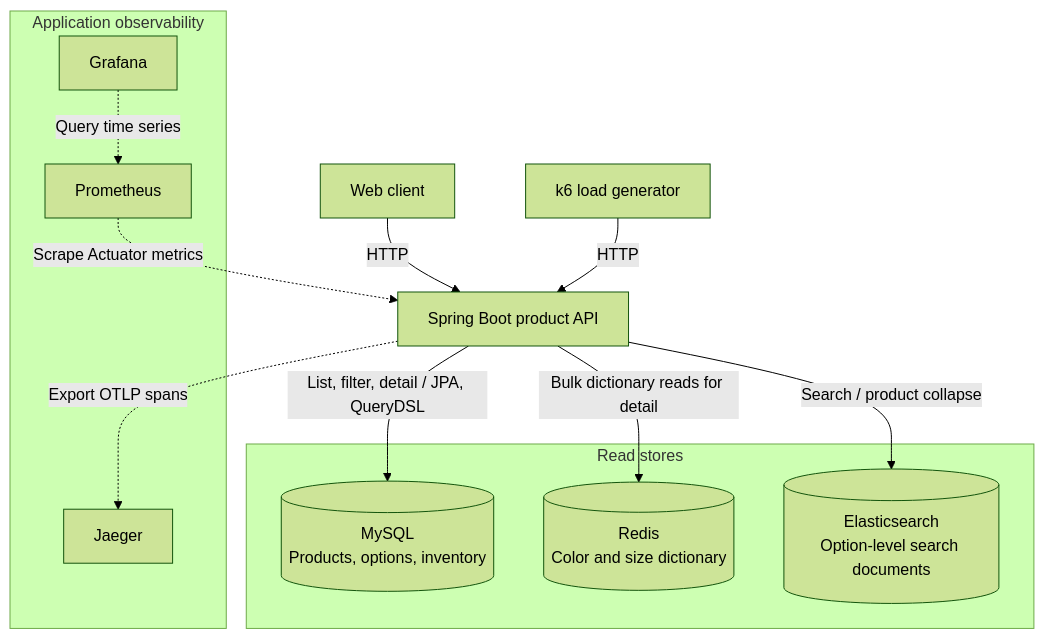
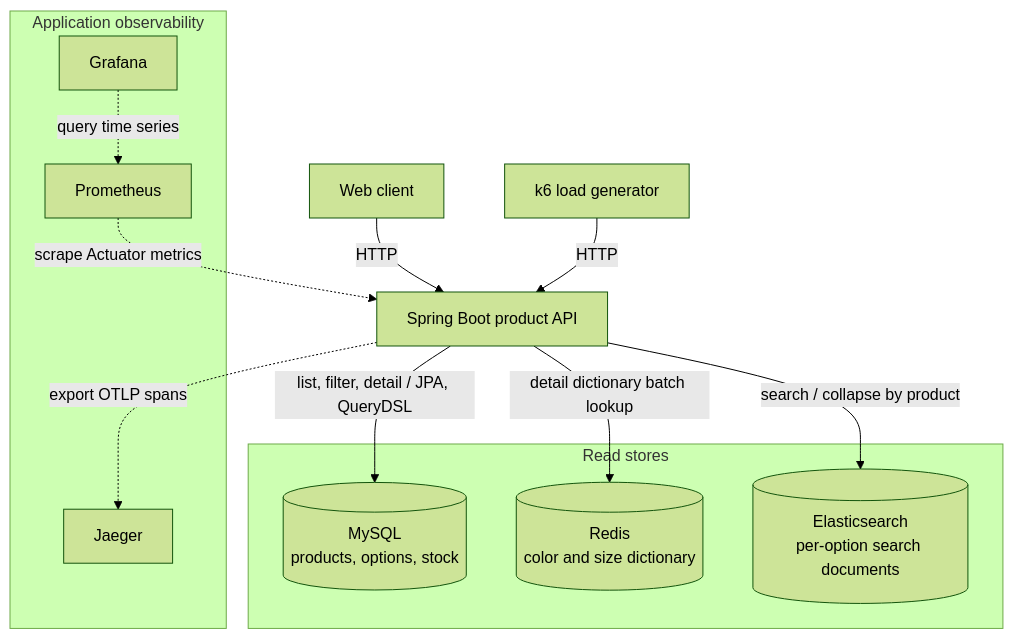
One commit to K-MarkLee/musinsa_server changed the diagram in README.md. Above: the diagram before and after it, drawn with Mermaid (forest theme). The commit also changed other lines of this file and 23 other files, not shown here.

````diff
--- a/README.md
+++ b/README.md
@@ -90,25 +78,25 @@
 ```mermaid
 flowchart TB
     WEB["Web client"] -->|HTTP| API["Spring Boot product API"]
     K6["k6 load generator"] -->|HTTP| API
 
     subgraph DATA["Read stores"]
-        MYSQL[("MySQL<br/>Products, options, inventory")]
-        REDIS[("Redis<br/>Color and size dictionary")]
-        ES[("Elasticsearch<br/>Option-level search documents")]
+        MYSQL[("MySQL<br/>products, options, stock")]
+        REDIS[("Redis<br/>color and size dictionary")]
+        ES[("Elasticsearch<br/>per-option search documents")]
     end
 
-    API -->|"List, filter, detail / JPA, QueryDSL"| MYSQL
-    API -->|"Bulk dictionary reads for detail"| REDIS
-    API -->|"Search / product collapse"| ES
+    API -->|"list, filter, detail / JPA, QueryDSL"| MYSQL
+    API -->|"detail dictionary batch lookup"| REDIS
+    API -->|"search / collapse by product"| ES
 
     subgraph OBS["Application observability"]
         PROM["Prometheus"]
         GRAFANA["Grafana"]
         JAEGER["Jaeger"]
     end
 
-    PROM -.->|"Scrape Actuator metrics"| API
-    GRAFANA -.->|"Query time series"| PROM
-    API -.->|"Export OTLP spans"| JAEGER
+    PROM -.->|"scrape Actuator metrics"| API
+    GRAFANA -.->|"query time series"| PROM
+    API -.->|"export OTLP spans"| JAEGER
 ```
````
